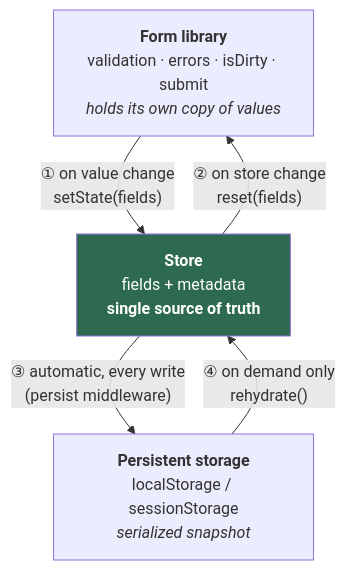
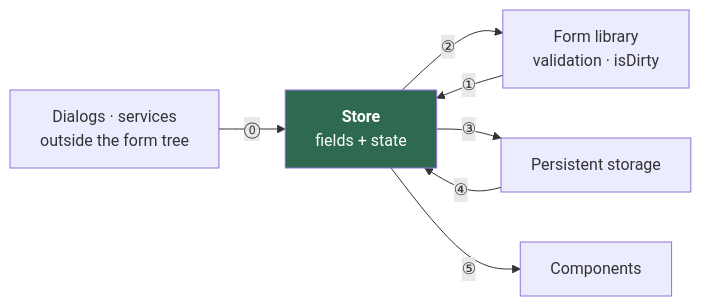
Before and after one commit to jadecubes/multi-party-state-sync: the first of 10 diagrams in README.md, drawn with Mermaid. The commit also changed other lines of this file, not shown here.

````diff
--- a/README.md
+++ b/README.md
@@ -66,13 +7,17 @@
 ```mermaid
-flowchart TB
-    F["<b>Form library</b><br/>validation · errors · isDirty · submit<br/><i>holds its own copy of values</i>"]
-    S["<b>Store</b><br/>fields + metadata<br/><b>single source of truth</b>"]
-    P["<b>Persistent storage</b><br/>localStorage / sessionStorage<br/><i>serialized snapshot</i>"]
+flowchart LR
+    D["Dialogs · services<br/>outside the form tree"]
+    F["Form library<br/>validation · isDirty"]
+    S["<b>Store</b><br/>fields + state"]
+    P["Persistent storage"]
+    U["Components"]
 
-    F -- "① on value change<br/>setState(fields)" --> S
-    S -- "② on store change<br/>reset(fields)" --> F
-    S -- "③ automatic, every write<br/>(persist middleware)" --> P
-    P -- "④ on demand only<br/>rehydrate()" --> S
+    D -- "⓪" --> S
+    F -- "①" --> S
+    S -- "②" --> F
+    S -- "③" --> P
+    P -- "④" --> S
+    S -- "⑤" --> U
 
     style S fill:#2d6a4f,color:#fff
 ```
````
